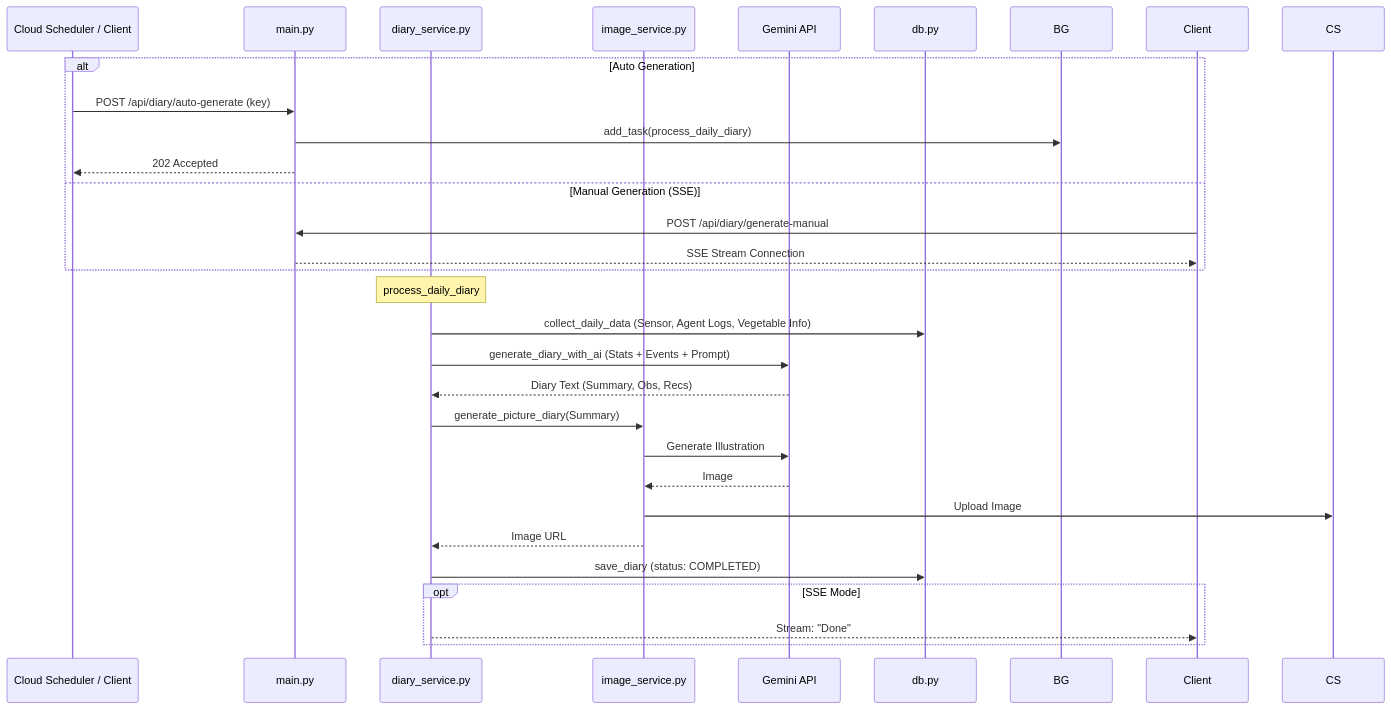
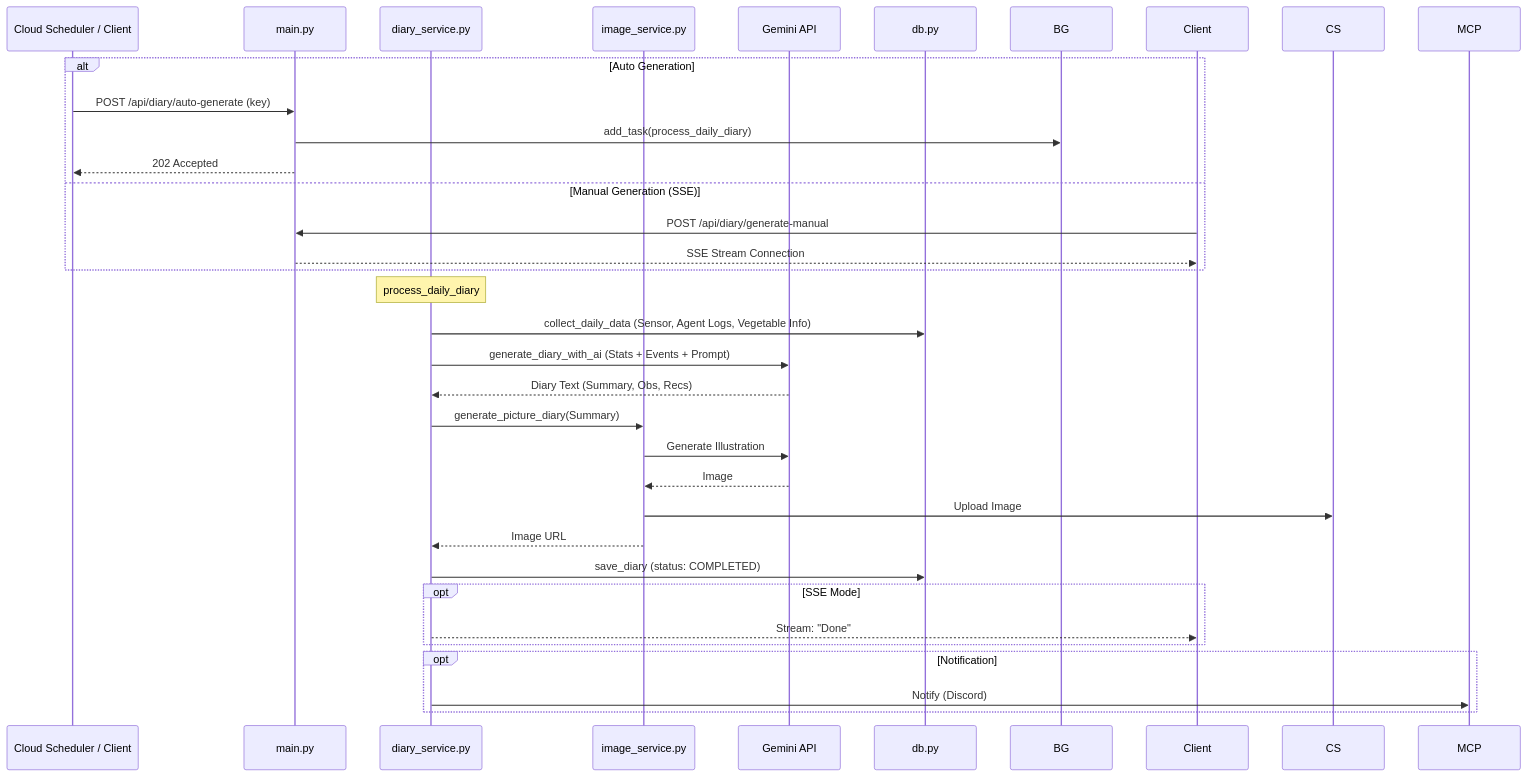
The sixth of 6 diagrams in backend/README.md (ai-agentic-hackathon-4/ai-batake-app), drawn with Mermaid before and after one commit. The commit also changed 3 other files, not shown here.

````diff
--- a/backend/README.md
+++ b/backend/README.md
@@ -357,35 +357,39 @@
 ```mermaid
 sequenceDiagram
     participant SCH as Cloud Scheduler / Client
     participant M as main.py
     participant D as diary_service.py
     participant I as image_service.py
     participant G as Gemini API
     participant DB as db.py
 
     alt Auto Generation
         SCH->>M: POST /api/diary/auto-generate (key)
         M->>BG: add_task(process_daily_diary)
         M-->>SCH: 202 Accepted
     else Manual Generation (SSE)
         Client->>M: POST /api/diary/generate-manual
         M-->>Client: SSE Stream Connection
     end
 
     Note over D: process_daily_diary
     D->>DB: collect_daily_data (Sensor, Agent Logs, Vegetable Info)
     D->>G: generate_diary_with_ai (Stats + Events + Prompt)
     G-->>D: Diary Text (Summary, Obs, Recs)
     
     D->>I: generate_picture_diary(Summary)
     I->>G: Generate Illustration
     G-->>I: Image
     I->>CS: Upload Image
     I-->>D: Image URL
     
     D->>DB: save_diary (status: COMPLETED)
     
     opt SSE Mode
         D-->>Client: Stream: "Done"
     end
+    
+    opt Notification
+        D->>MCP: Notify (Discord)
+    end
 ```
````
